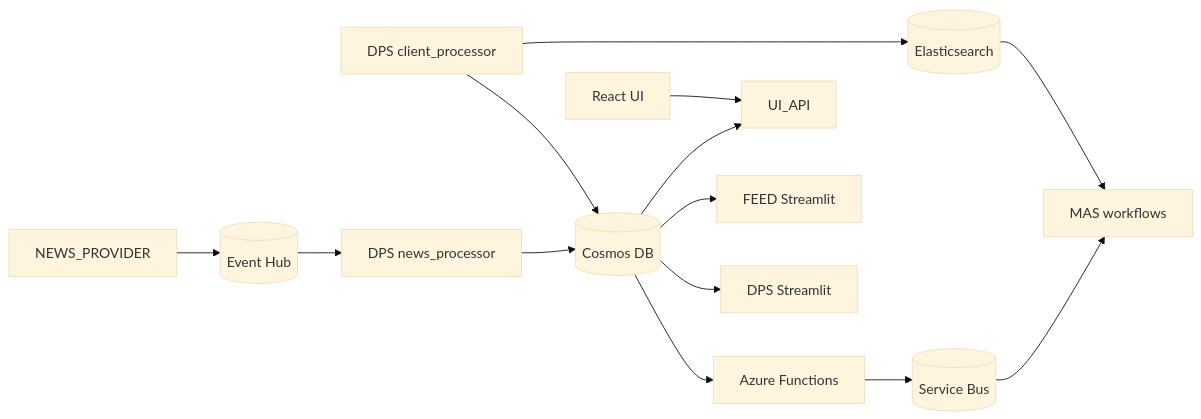
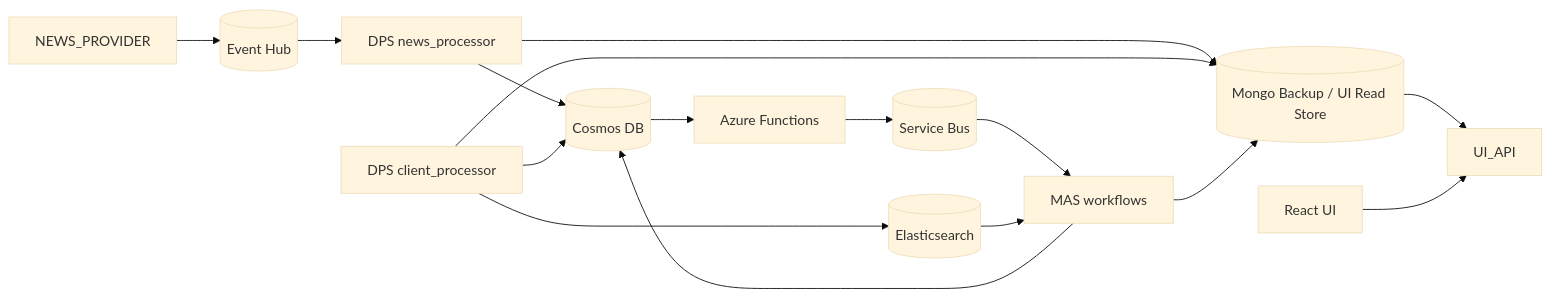
One commit to harshathv-hestabit/SMIF-Trial-v1 changed the diagram in README.md. Above: the diagram before and after it, drawn with Mermaid (base theme). The commit also changed other lines of this file and 20 other files, not shown here.

````diff
--- a/README.md
+++ b/README.md
@@ -21,30 +37,31 @@
 ```mermaid
 flowchart LR
     NP[NEWS_PROVIDER]
     EH[(Event Hub)]
     DPSN[DPS news_processor]
     CDB[(Cosmos DB)]
+    MDB[(Mongo Backup / UI Read Store)]
     FUNC[Azure Functions]
     SB[(Service Bus)]
     DPSC[DPS client_processor]
     ES[(Elasticsearch)]
     MAS[MAS workflows]
     UIAPI[UI_API]
     UI[React UI]
-    FEED[FEED Streamlit]
-    DPSUI[DPS Streamlit]
 
     NP --> EH
     EH --> DPSN
     DPSN --> CDB
+    DPSN --> MDB
     CDB --> FUNC
     FUNC --> SB
     DPSC --> CDB
+    DPSC --> MDB
     DPSC --> ES
     SB --> MAS
-    CDB --> UIAPI
+    MAS --> CDB
+    MAS --> MDB
+    MDB --> UIAPI
     UI --> UIAPI
-    CDB --> FEED
-    CDB --> DPSUI
     ES --> MAS
 ```
````
